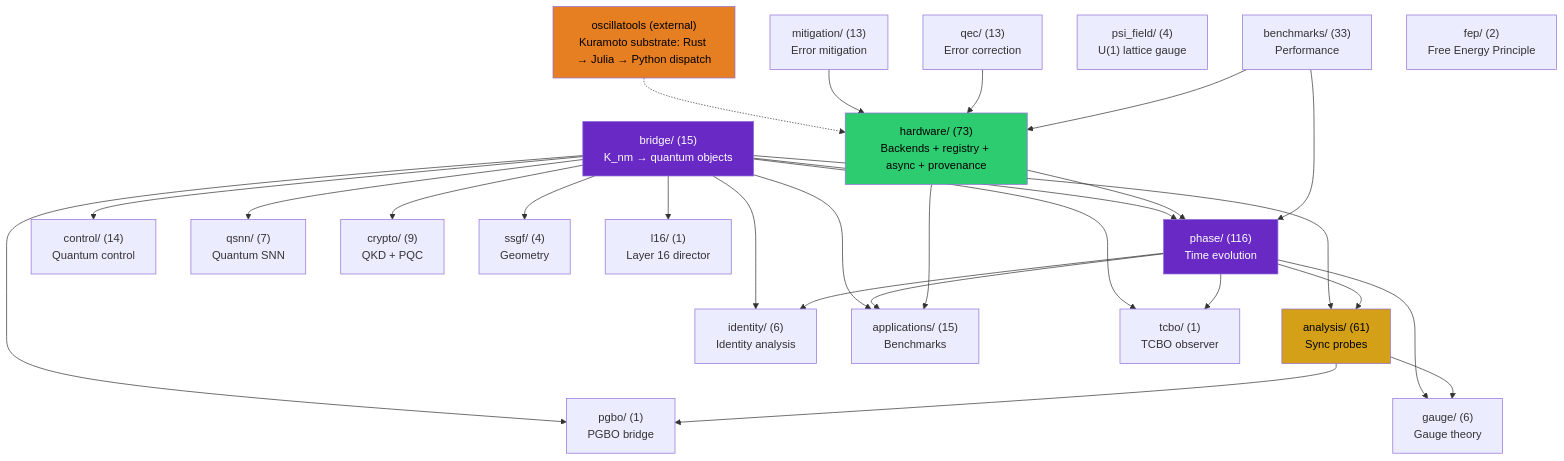
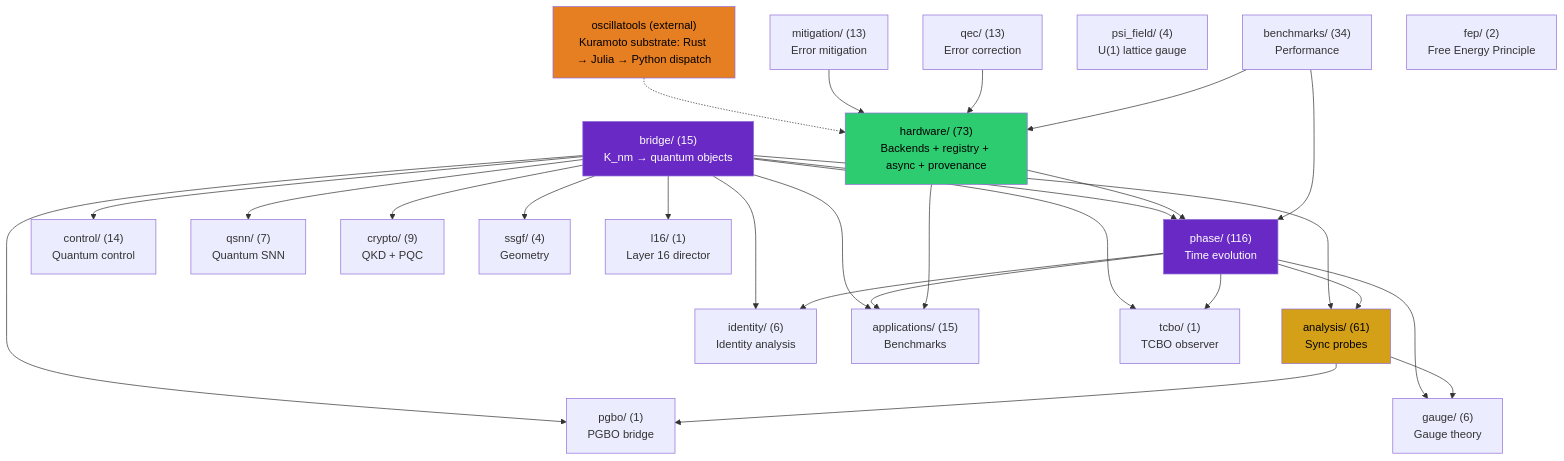
Before and after one commit to anulum/scpn-quantum-control: the first of 4 diagrams in docs/architecture.md, drawn with Mermaid. The commit also changed other lines of this file and 17 other files, not shown here.

````diff
--- a/docs/architecture.md
+++ b/docs/architecture.md
@@ -362,55 +362,55 @@
 ```mermaid
 graph TD
     bridge["bridge/ (15)\nK_nm → quantum objects"]
     phase["phase/ (116)\nTime evolution"]
     analysis["analysis/ (61)\nSync probes"]
     control["control/ (14)\nQuantum control"]
     qsnn["qsnn/ (7)\nQuantum SNN"]
     identity["identity/ (6)\nIdentity analysis"]
     hardware["hardware/ (73)\nBackends + registry + async + provenance"]
     mitigation["mitigation/ (13)\nError mitigation"]
     qec["qec/ (13)\nError correction"]
     gauge["gauge/ (6)\nGauge theory"]
     apps["applications/ (15)\nBenchmarks"]
     crypto["crypto/ (9)\nQKD + PQC"]
-    benchmarks["benchmarks/ (33)\nPerformance"]
+    benchmarks["benchmarks/ (34)\nPerformance"]
     ssgf["ssgf/ (4)\nGeometry"]
     psi_field["psi_field/ (4)\nU(1) lattice gauge"]
     oscillatools["oscillatools (external)\nKuramoto substrate: Rust → Julia → Python dispatch"]
     fep["fep/ (2)\nFree Energy Principle"]
     tcbo["tcbo/ (1)\nTCBO observer"]
     pgbo["pgbo/ (1)\nPGBO bridge"]
     l16["l16/ (1)\nLayer 16 director"]
 
     bridge --> phase
     bridge --> analysis
     bridge --> control
     bridge --> qsnn
     bridge --> identity
     bridge --> apps
     bridge --> crypto
     bridge --> ssgf
     phase --> analysis
     phase --> identity
     phase --> apps
     phase --> gauge
     analysis --> gauge
     hardware --> phase
     hardware --> apps
     oscillatools -.-> hardware
     mitigation --> hardware
     qec --> hardware
     benchmarks --> phase
     benchmarks --> hardware
     bridge --> tcbo
     bridge --> pgbo
     bridge --> l16
     phase --> tcbo
     analysis --> pgbo
 
     style bridge fill:#6929C4,color:#fff
     style analysis fill:#d4a017,color:#000
     style phase fill:#6929C4,color:#fff
     style hardware fill:#2ecc71,color:#000
     style oscillatools fill:#e67e22,color:#000
 ```
````
